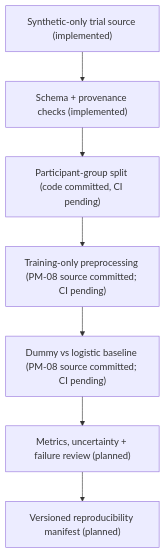
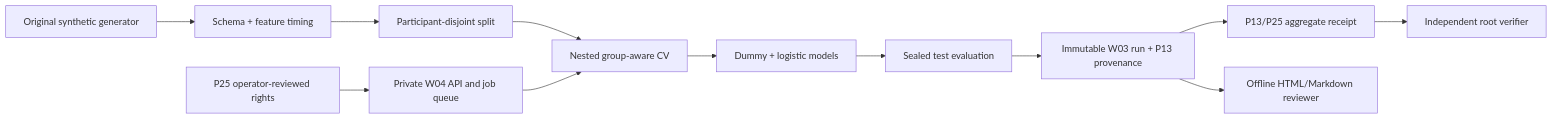
The diagram in README.md (aradmanamnaoon/psychneuro-openbench), drawn with Mermaid before and after one commit. The commit also changed other lines of this file, not shown here.

Commit message:
docs: replace stale README with research-focused W04 architecture, quickstart and honest release status

````diff
--- a/README.md
+++ b/README.md
@@ -92,9 +55,14 @@
-```mermaid
-flowchart TD
-    A["Synthetic-only trial source (implemented)"] --> B["Schema + provenance checks (implemented)"]
-    B --> C["Participant-group split (code committed, CI pending)"]
-    C --> D["Training-only preprocessing (PM-08 source committed; CI pending)"]
-    D --> E["Dummy vs logistic baseline (PM-08 source committed; CI pending)"]
-    E --> F["Metrics, uncertainty + failure review (planned)"]
-    F --> G["Versioned reproducibility manifest (planned)"]
-```
+~~~mermaid
+flowchart LR
+    A["Original synthetic generator"] --> B["Schema + feature timing"]
+    B --> C["Participant-disjoint split"]
+    C --> D["Nested group-aware CV"]
+    D --> E["Dummy + logistic models"]
+    E --> F["Sealed test evaluation"]
+    F --> G["Immutable W03 run + P13 provenance"]
+    P["P25 operator-reviewed rights"] --> W["Private W04 API and job queue"]
+    W --> D
+    G --> R["P13/P25 aggregate receipt"]
+    R --> V["Independent root verifier"]
+    G --> Q["Offline HTML/Markdown reviewer"]
+~~~
````
